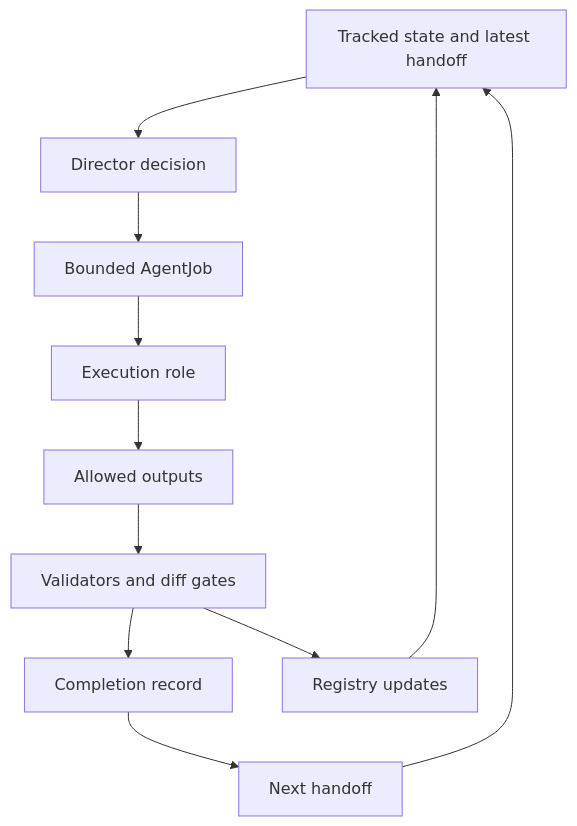
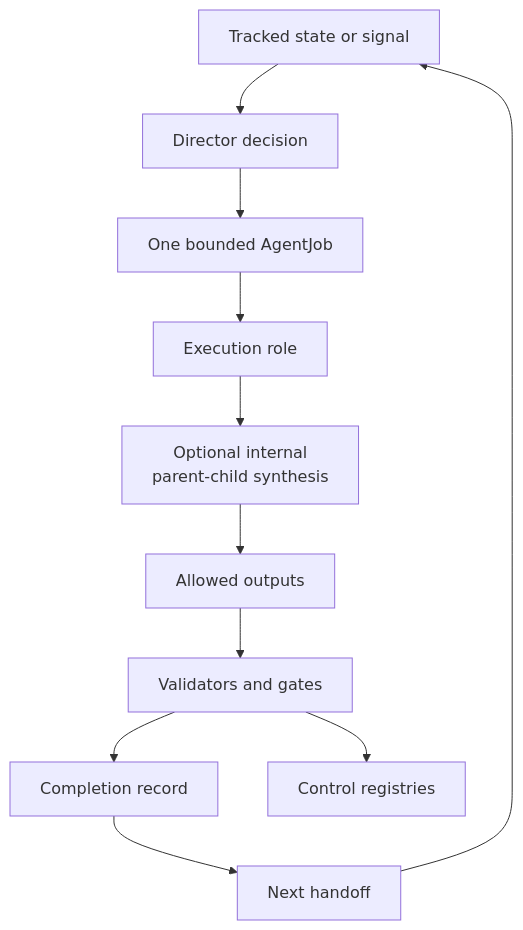
One commit to AngryOwlAI/The-AEther-Flow changed the first of 2 diagrams in .local/obsidian/aether-flow-wiki/01_raw/markdown/md-github-facing-research-agent-workflow-explainer.md. Above: the diagram before and after it, drawn with Mermaid. The commit also changed other lines of this file and 99 other files, not shown here.

````diff
--- a/.local/obsidian/aether-flow-wiki/01_raw/markdown/md-github-facing-research-agent-workflow-explainer.md
+++ b/.local/obsidian/aether-flow-wiki/01_raw/markdown/md-github-facing-research-agent-workflow-explainer.md
@@ -53,13 +43,13 @@
 ```mermaid
 flowchart TD
-  State["Tracked state and latest handoff"] --> Director["Director decision"]
-  Director --> Job["Bounded AgentJob"]
+  State["Tracked state or signal"] --> Director["Director decision"]
+  Director --> Job["One bounded AgentJob"]
   Job --> Role["Execution role"]
-  Role --> Outputs["Allowed outputs"]
-  Outputs --> Validators["Validators and diff gates"]
+  Role --> Decomposition["Optional internal<br/>parent-child synthesis"]
+  Decomposition --> Outputs["Allowed outputs"]
+  Outputs --> Validators["Validators and gates"]
   Validators --> Completion["Completion record"]
   Completion --> Handoff["Next handoff"]
   Handoff --> State
-  Validators --> Registry["Registry updates"]
-  Registry --> State
+  Validators --> Registry["Control registries"]
 ```
````
